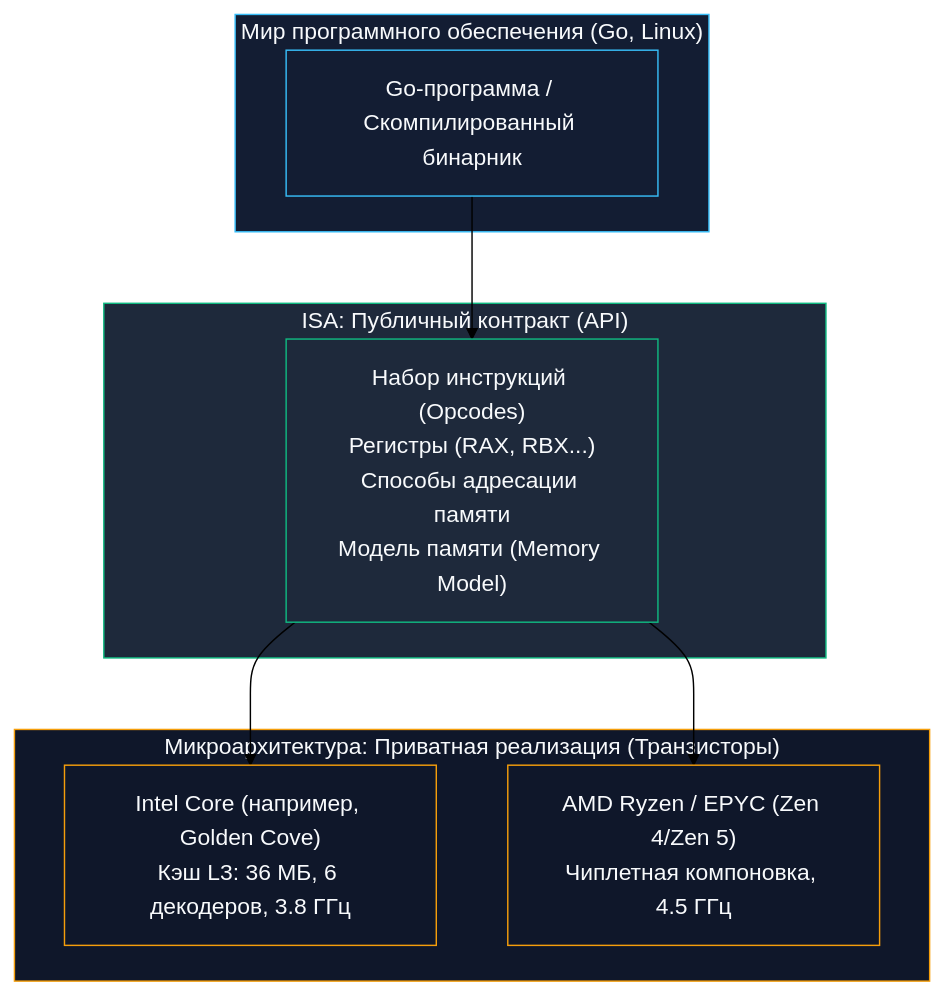
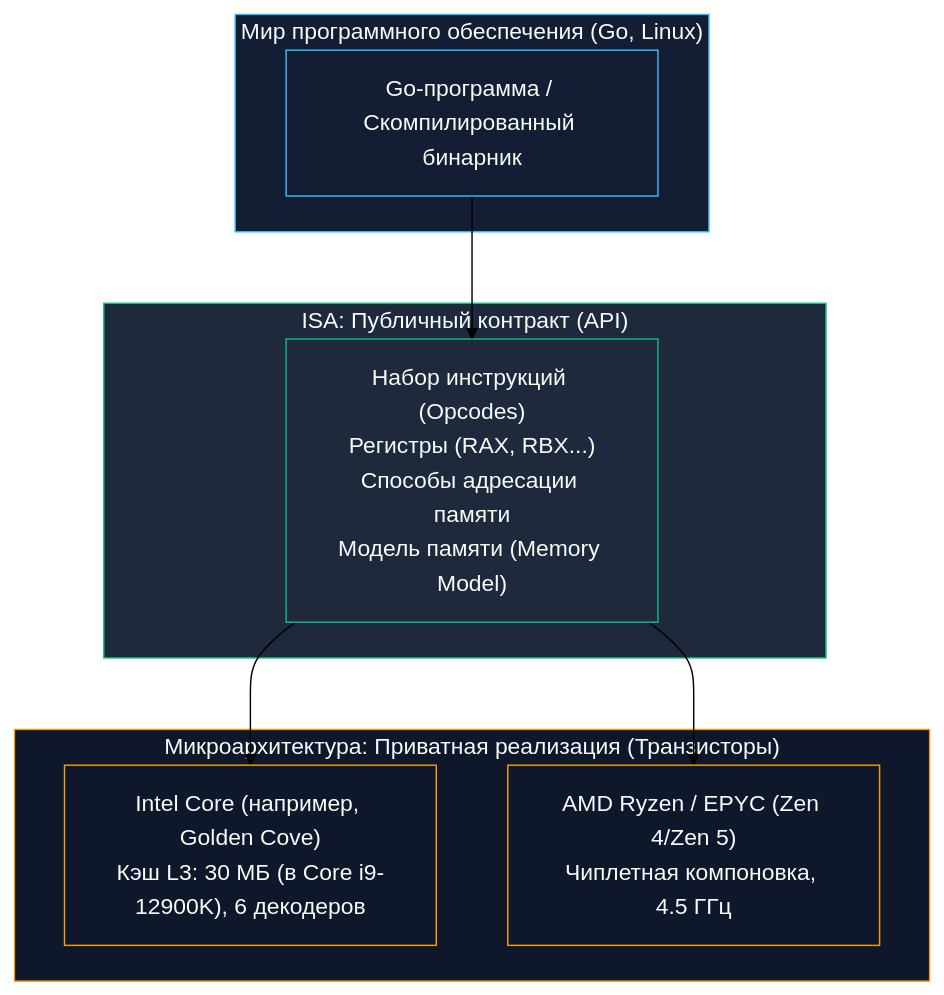
The first of 3 diagrams in sources/1. Архитектура компьютера/8. ISA. Интерфейс между железом и софтом.md (UnrealTemplier/go-textbook-ru), drawn with Mermaid (forest theme) before and after one commit. The commit also changed other lines of this file and 77 other files, not shown here.

````diff
--- a/sources/1. Архитектура компьютера/8. ISA. Интерфейс между железом и софтом.md
+++ b/sources/1. Архитектура компьютера/8. ISA. Интерфейс между железом и софтом.md
@@ -21,26 +21,26 @@
 ```mermaid
 flowchart TD
     subgraph Software ["Мир программного обеспечения (Go, Linux)"]
         GoProg["Go-программа / Скомпилированный бинарник"]
     end
 
     subgraph API ["ISA: Публичный контракт (API)"]
         Contract["Набор инструкций (Opcodes)<br>Регистры (RAX, RBX...)<br>Способы адресации памяти<br>Модель памяти (Memory Model)"]
     end
 
     subgraph Hardware ["Микроархитектура: Приватная реализация (Транзисторы)"]
-        Intel["Intel Core (например, Golden Cove)<br>Кэш L3: 36 МБ, 6 декодеров, 3.8 ГГц"]
+        Intel["Intel Core (например, Golden Cove)<br>Кэш L3: 30 МБ (в Core i9-12900K), 6 декодеров"]
         AMD["AMD Ryzen / EPYC (Zen 4/Zen 5)<br>Чиплетная компоновка, 4.5 ГГц"]
     end
 
     GoProg --> Contract
     Contract --> Intel
     Contract --> AMD
 
     classDef soft fill:#131d33,stroke:#38bdf8,stroke-width:1px,color:#f8fafc;
     classDef api fill:#1e293b,stroke:#10b981,stroke-width:1px,color:#f8fafc;
     classDef hard fill:#0f172a,stroke:#f59e0b,stroke-width:1px,color:#f8fafc;
     class Software,GoProg soft;
     class API,Contract api;
     class Hardware,Intel,AMD hard;
 ```
````
